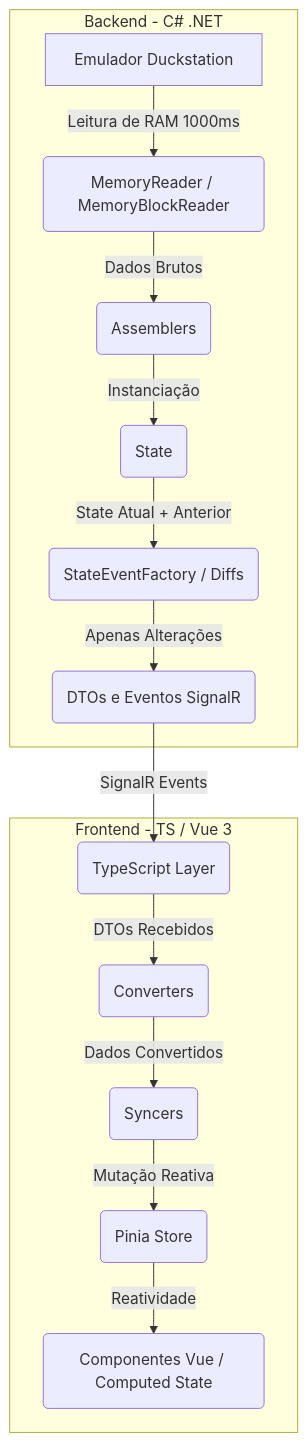
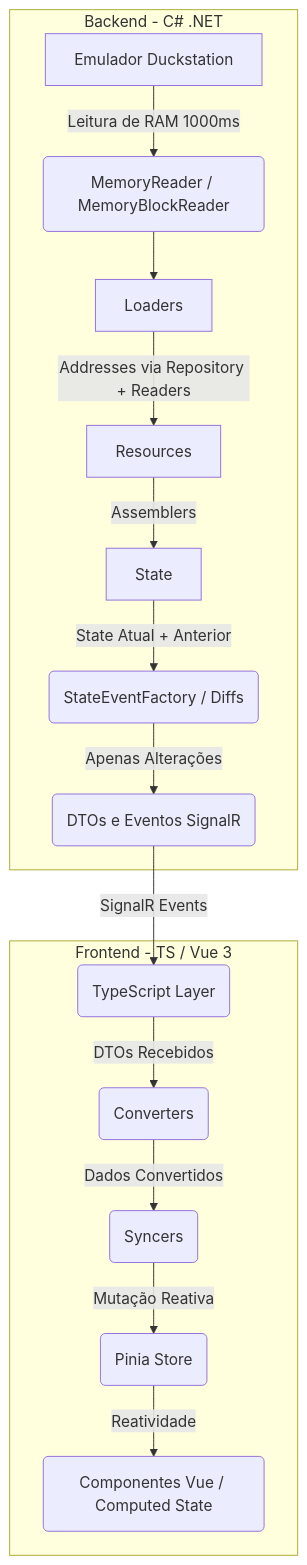
The diagram in AI/BUSINESS_RULES.md (jeanheck/digivice), drawn with Mermaid before and after one commit. The commit also changed other lines of this file and 25 other files, not shown here.

````diff
--- a/AI/BUSINESS_RULES.md
+++ b/AI/BUSINESS_RULES.md
@@ -10,18 +10,19 @@
 ```mermaid
 graph TD
     subgraph Backend [Backend - C# .NET]
         A[Emulador Duckstation] -->|Leitura de RAM 1000ms| B(MemoryReader / MemoryBlockReader)
-        B -->|Dados Brutos| C(Assemblers)
-        C -->|Instanciação| D(State)
+        B --> L[Loaders]
+        L -->|Addresses via Repository + Readers| R[Resources]
+        R -->|Assemblers| D[State]
         D -->|State Atual + Anterior| E(StateEventFactory / Diffs)
         E -->|Apenas Alterações| F(DTOs e Eventos SignalR)
     end
 
     subgraph Frontend [Frontend - TS / Vue 3]
         F -->|SignalR Events| G(TypeScript Layer)
         G -->|DTOs Recebidos| H(Converters)
         H -->|Dados Convertidos| I(Syncers)
         I -->|Mutação Reativa| J(Pinia Store)
         J -->|Reatividade| K(Componentes Vue / Computed State)
     end
 ```
````
